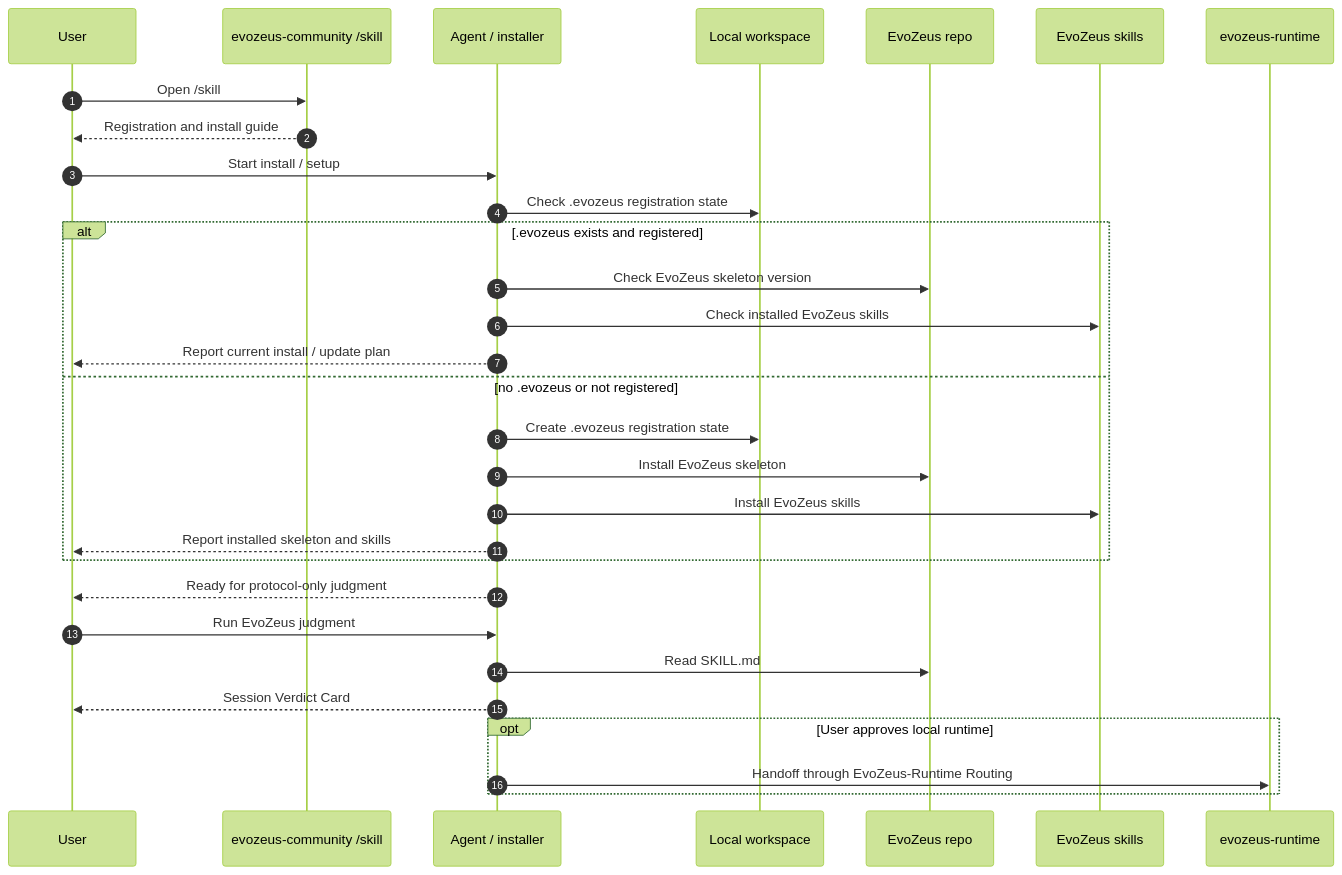
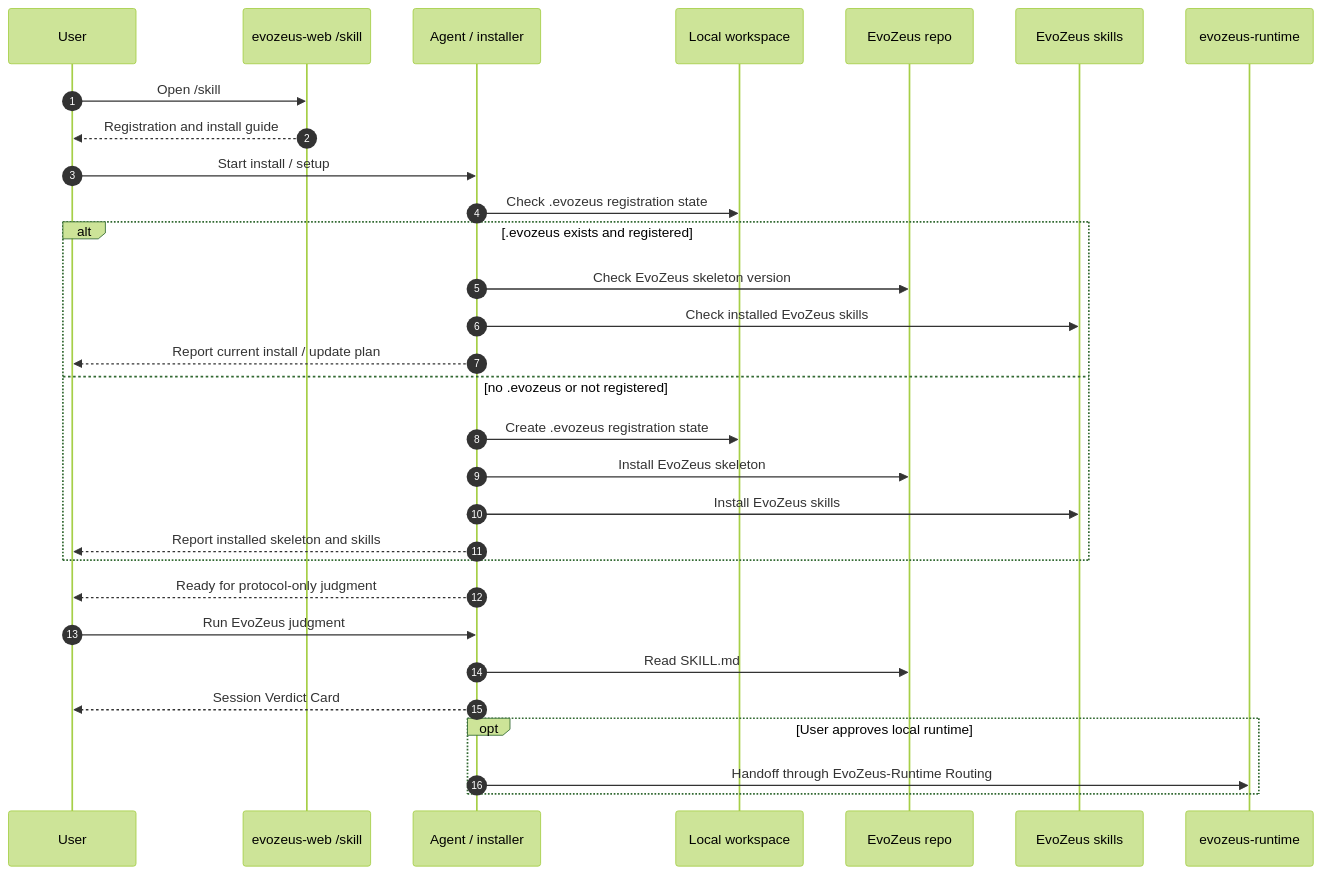
Before and after one commit to MetaInFLow/EvoZeus: the diagram in docs/README.zh-CN.md, drawn with Mermaid (forest theme). The commit also changed other lines of this file and 19 other files, not shown here.

````diff
--- a/docs/README.zh-CN.md
+++ b/docs/README.zh-CN.md
@@ -46,36 +46,36 @@
 ```mermaid
 sequenceDiagram
   autonumber
   participant User
-  participant Community as evozeus-community /skill
+  participant Community as evozeus-web /skill
   participant Installer as Agent / installer
   participant Local as Local workspace
   participant Main as EvoZeus repo
   participant Skills as EvoZeus skills
   participant Runtime as evozeus-runtime
 
   User->>Community: Open /skill
   Community-->>User: Registration and install guide
   User->>Installer: Start install / setup
   Installer->>Local: Check .evozeus registration state
 
   alt .evozeus exists and registered
     Installer->>Main: Check EvoZeus skeleton version
     Installer->>Skills: Check installed EvoZeus skills
     Installer-->>User: Report current install / update plan
   else no .evozeus or not registered
     Installer->>Local: Create .evozeus registration state
     Installer->>Main: Install EvoZeus skeleton
     Installer->>Skills: Install EvoZeus skills
     Installer-->>User: Report installed skeleton and skills
   end
 
   Installer-->>User: Ready for protocol-only judgment
   User->>Installer: Run EvoZeus judgment
   Installer->>Main: Read SKILL.md
   Installer-->>User: Session Verdict Card
 
   opt User approves local runtime
     Installer->>Runtime: Handoff through EvoZeus-Runtime Routing
   end
 ```
````
